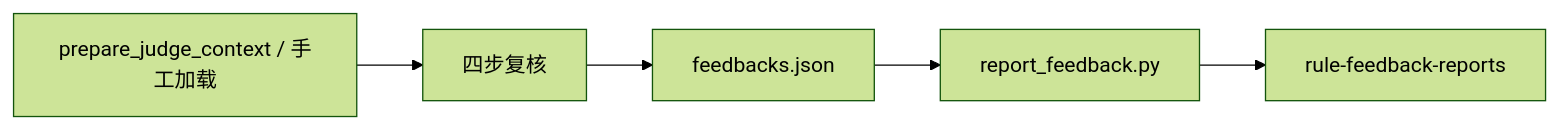
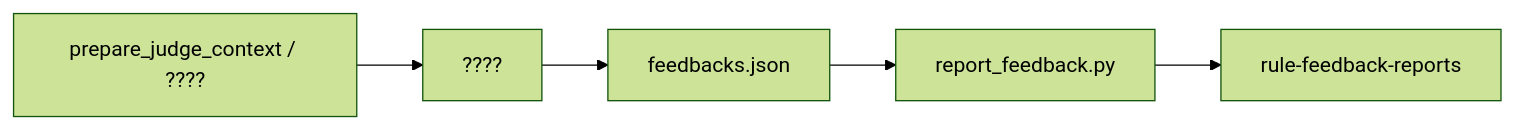
One commit to TheAceTeam/AceHarness changed the diagram in skills/pr-rule-feedback/SKILL.md. Above: the diagram before and after it, drawn with Mermaid (forest theme). The commit also changed other lines of this file and 5 other files, not shown here.

````diff
--- a/skills/pr-rule-feedback/SKILL.md
+++ b/skills/pr-rule-feedback/SKILL.md
@@ -68,7 +68,7 @@
 ```mermaid
 flowchart LR
-  A[prepare_judge_context / 手工加载] --> B[四步复核]
+  A[prepare_judge_context / ????] --> B[????]
   B --> C[feedbacks.json]
   C --> D[report_feedback.py]
   D --> E[rule-feedback-reports]
 ```
````
